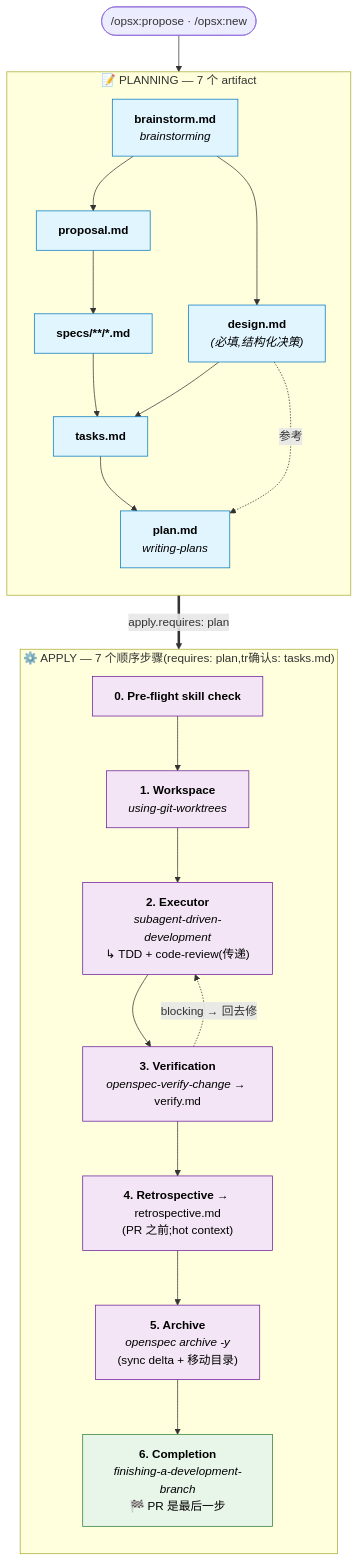
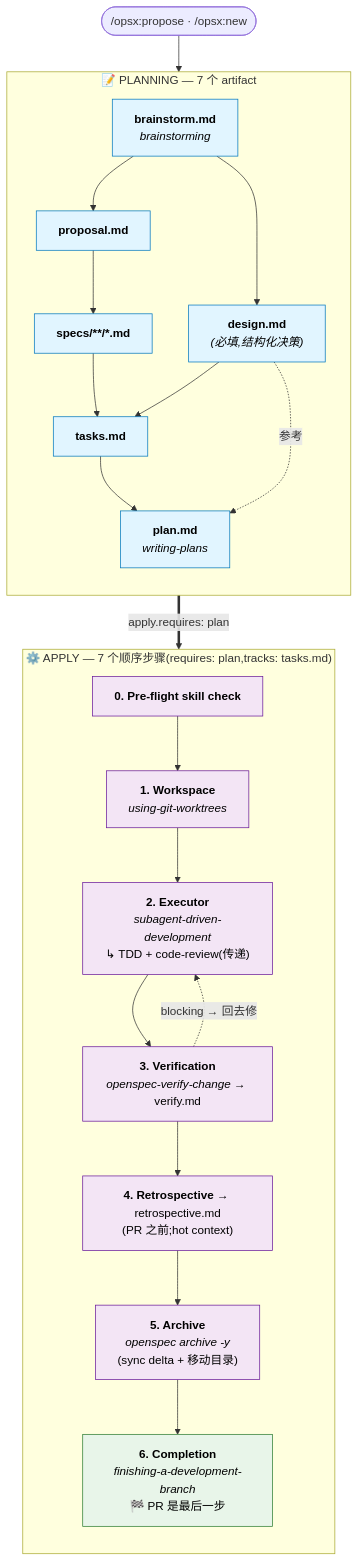
Before and after one commit to 9Ashwin/spec-cli: the diagram in embed/assets/schemas/superpowers-bridge/README.zh.md, drawn with Mermaid. The commit also changed other lines of this file and 6 other files, not shown here.

First line of the commit message:
fix: convert schema templates from traditional to simplified Chinese

````diff
--- a/embed/assets/schemas/superpowers-bridge/README.zh.md
+++ b/embed/assets/schemas/superpowers-bridge/README.zh.md
@@ -242,48 +242,48 @@
 ```mermaid
 flowchart TD
     Start([/opsx:propose · /opsx:new])
 
     subgraph Plan ["📝 PLANNING — 7 个 artifact"]
         direction TB
         BS["<b>brainstorm.md</b><br/><i>brainstorming</i>"]
         PROP["<b>proposal.md</b>"]
         DES["<b>design.md</b><br/><i>(必填,结构化决策)</i>"]
         SP["<b>specs/**/*.md</b>"]
         TK["<b>tasks.md</b>"]
         PL["<b>plan.md</b><br/><i>writing-plans</i>"]
 
         BS --> PROP
         BS --> DES
         PROP --> SP
         SP --> TK
         DES --> TK
         TK --> PL
         DES -. 参考 .-> PL
     end
 
-    subgraph Apply ["⚙️ APPLY — 7 个顺序步骤(requires: plan,tr确认s: tasks.md)"]
+    subgraph Apply ["⚙️ APPLY — 7 个顺序步骤(requires: plan,tracks: tasks.md)"]
         direction TB
         A0["<b>0. Pre-flight skill check</b>"]
         A1["<b>1. Workspace</b><br/><i>using-git-worktrees</i>"]
         A2["<b>2. Executor</b><br/><i>subagent-driven-development</i><br/>↳ TDD + code-review(传递)"]
         A3["<b>3. Verification</b><br/><i>openspec-verify-change</i> → verify.md"]
         A4["<b>4. Retrospective</b> → retrospective.md<br/>(PR 之前;hot context)"]
         A5["<b>5. Archive</b><br/><i>openspec archive <change-name> -y</i><br/>(sync delta + 移动目录)"]
         A6["<b>6. Completion</b><br/><i>finishing-a-development-branch</i><br/>🏁 PR 是最后一步"]
 
         A0 --> A1 --> A2 --> A3
         A3 -. blocking → 回去修 .-> A2
         A3 --> A4 --> A5 --> A6
     end
 
     Start --> BS
     PL ==>|apply.requires: plan| A0
 
     classDef artifact fill:#e1f5ff,stroke:#0277bd,color:#000
     classDef step fill:#f3e5f5,stroke:#6a1b9a,color:#000
     classDef capstone fill:#e8f5e9,stroke:#2e7d32,color:#000
 
     class BS,PROP,DES,SP,TK,PL artifact
     class A0,A1,A2,A3,A4,A5 step
     class A6 capstone
 ```
````
